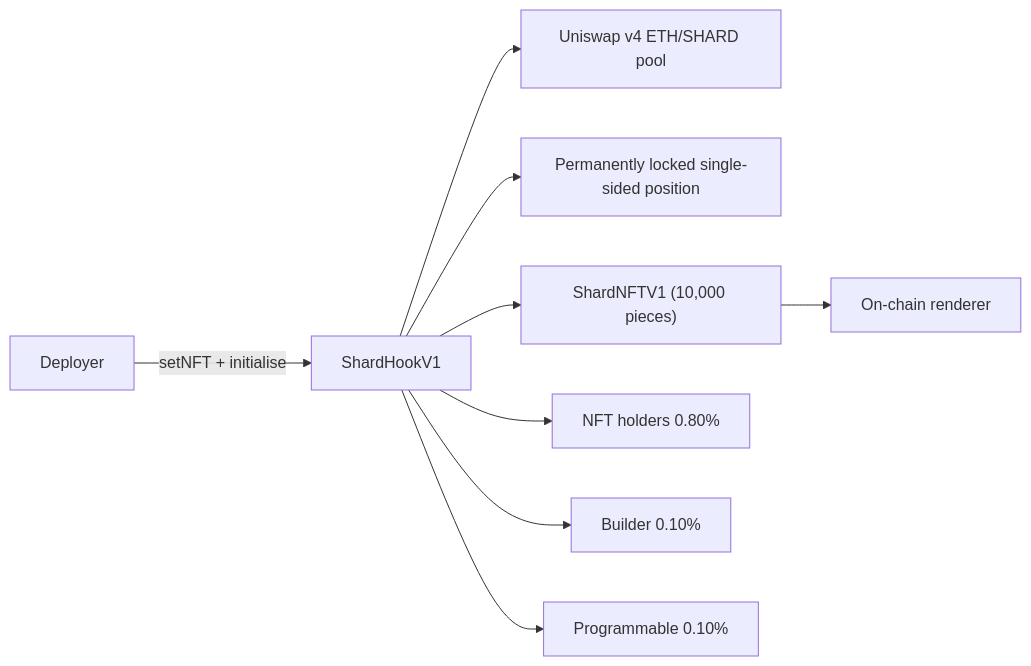
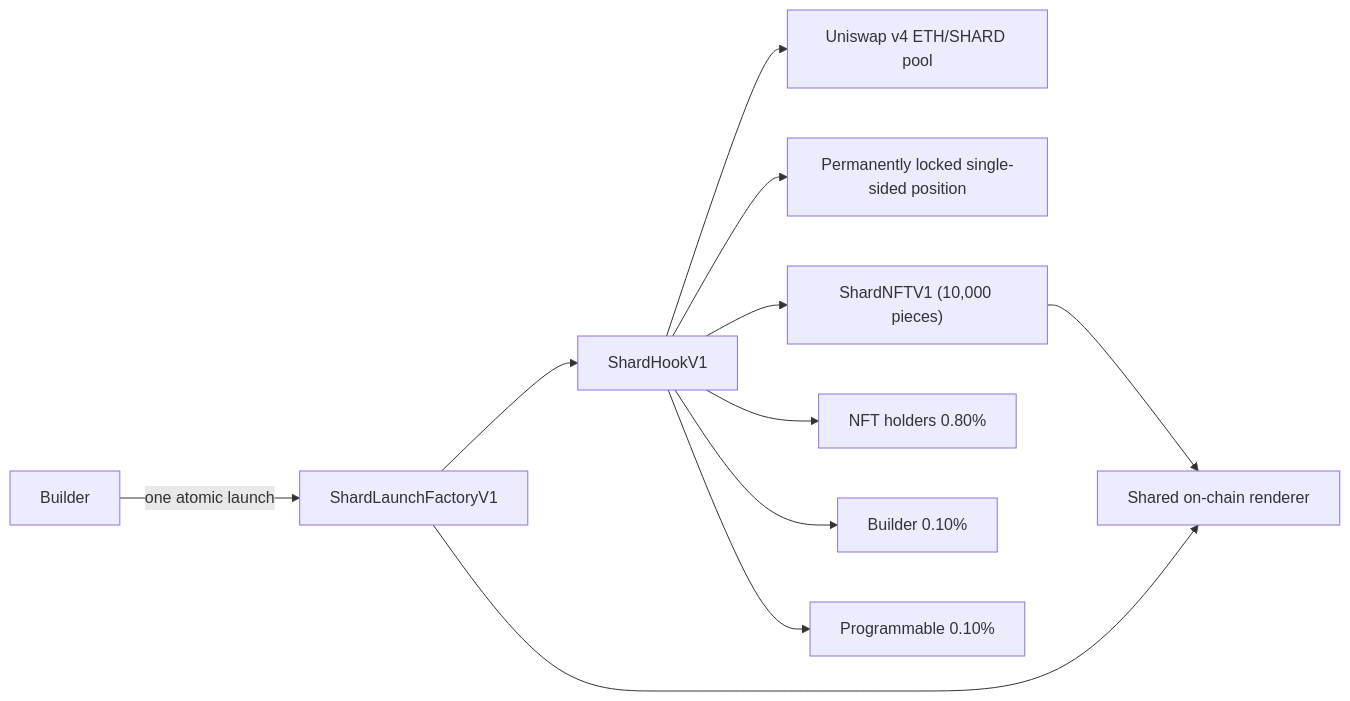
One commit to 0xprogrammable/PROGRAMMABLE changed the diagram in models/shards/README.md. Above: the diagram before and after it, drawn with Mermaid. The commit also changed other lines of this file and 30 other files, not shown here.

````diff
--- a/models/shards/README.md
+++ b/models/shards/README.md
@@ -25,11 +26,13 @@
 ```mermaid
 flowchart LR
-    deployer["Deployer"] -->|"setNFT + initialise"| hook["ShardHookV1"]
+    creator["Builder"] -->|"one atomic launch"| factory["ShardLaunchFactoryV1"]
+    factory --> hook["ShardHookV1"]
     hook --> pool["Uniswap v4 ETH/SHARD pool"]
     hook --> position["Permanently locked single-sided position"]
     hook --> nft["ShardNFTV1 (10,000 pieces)"]
-    nft --> renderer["On-chain renderer"]
+    factory --> renderer["Shared on-chain renderer"]
+    nft --> renderer
     hook --> holders["NFT holders 0.80%"]
-    hook --> builder["Builder 0.10%"]
+    hook --> builderFees["Builder 0.10%"]
     hook --> programmable["Programmable 0.10%"]
 ```
````
